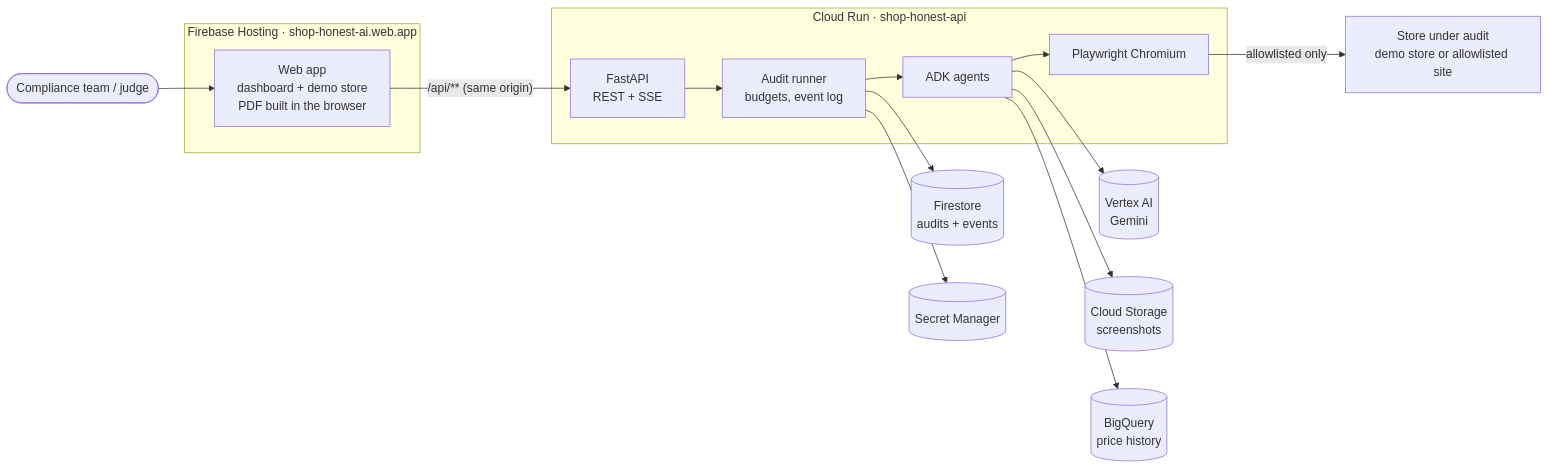
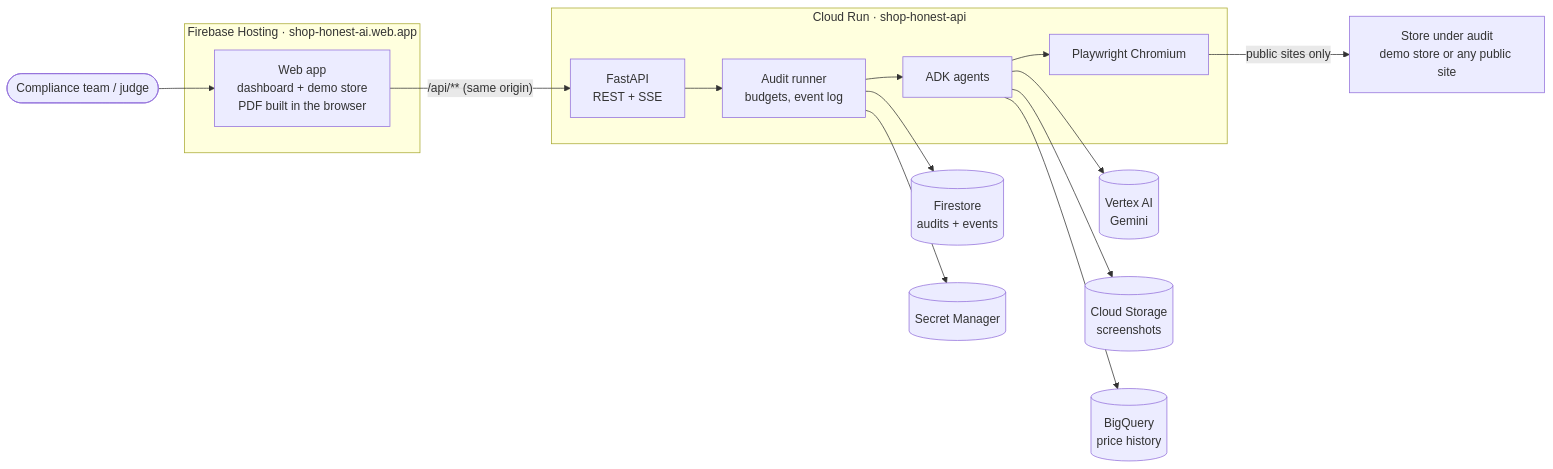
The first of 4 diagrams in docs/ARCHITECTURE.md (saubhagyaashish/shop-honest), drawn with Mermaid before and after one commit. The commit also changed other lines of this file and 12 other files, not shown here.

First line of the commit message:
feat: audit any public site, and record real-site audits for review

````diff
--- a/docs/ARCHITECTURE.md
+++ b/docs/ARCHITECTURE.md
@@ -45,25 +45,25 @@
 ```mermaid
 flowchart LR
   user([Compliance team / judge]) --> web
 
   subgraph Firebase_Hosting[Firebase Hosting · shop-honest-ai.web.app]
     web[Web app<br/>dashboard + demo store<br/>PDF built in the browser]
   end
 
   web -- "/api/** (same origin)" --> api
 
   subgraph Cloud_Run[Cloud Run · shop-honest-api]
     api[FastAPI<br/>REST + SSE]
     runner[Audit runner<br/>budgets, event log]
     agents[ADK agents]
     browser[Playwright Chromium]
     api --> runner --> agents --> browser
   end
 
   agents --> gemini[(Vertex AI<br/>Gemini)]
   runner --> fs[(Firestore<br/>audits + events)]
   agents --> gcs[(Cloud Storage<br/>screenshots)]
   agents --> bq[(BigQuery<br/>price history)]
   runner --> sm[(Secret Manager)]
-  browser -- "allowlisted only" --> target[Store under audit<br/>demo store or allowlisted site]
+  browser -- "public sites only" --> target[Store under audit<br/>demo store or any public site]
 ```
````
